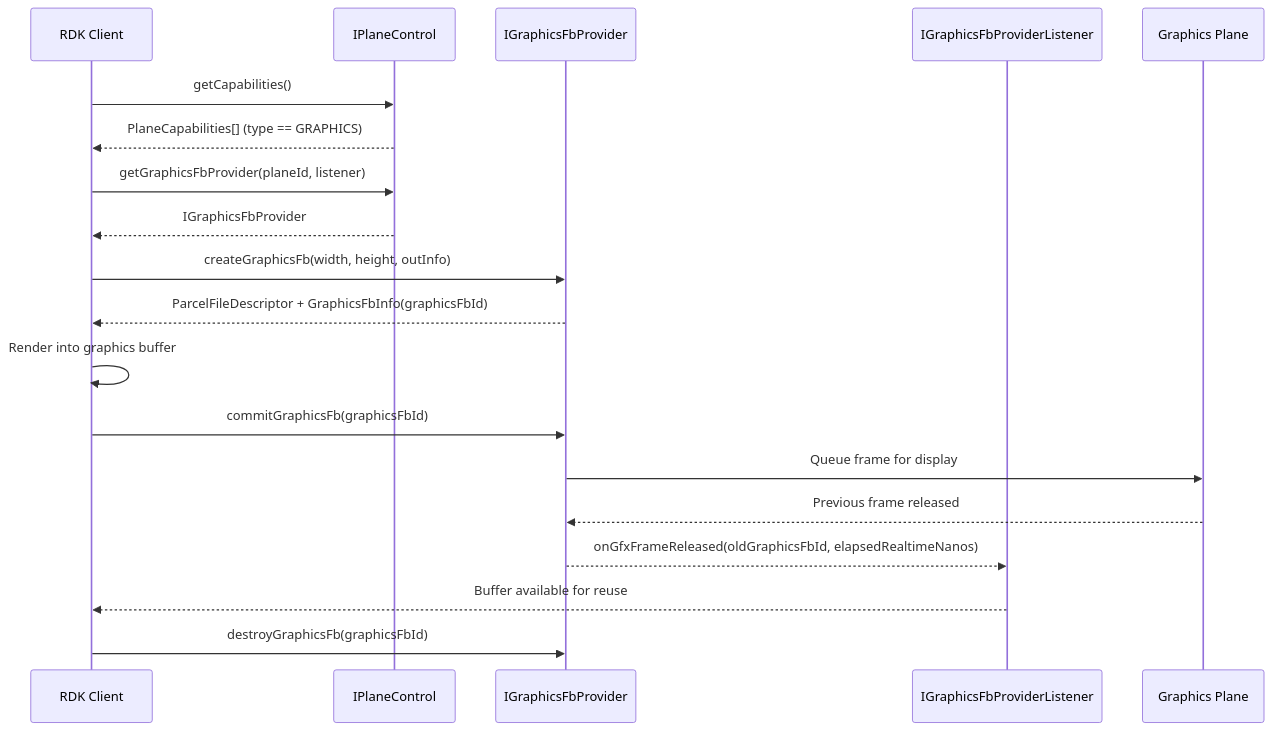
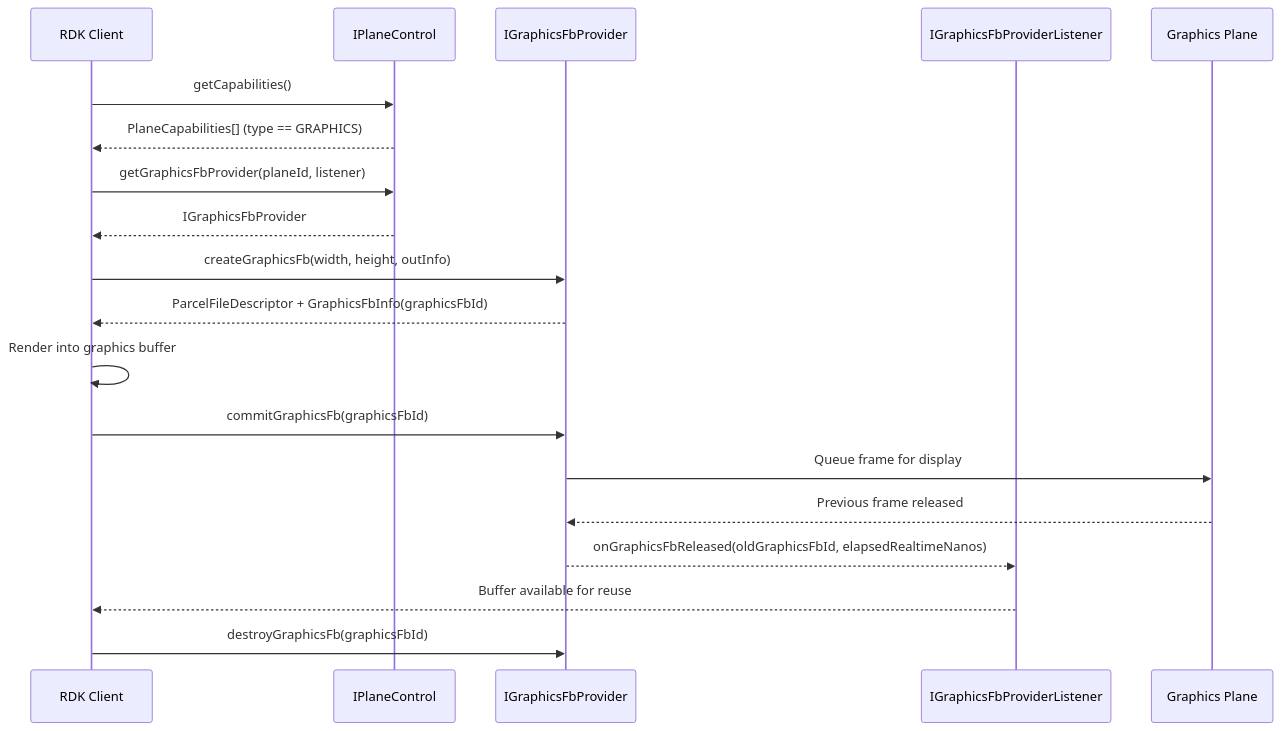
Before and after one commit to rdkcentral/rdk-halif-aidl: the third of 3 diagrams in docs/halif/plane_control/current/plane_control.md, drawn with Mermaid.

````diff
--- a/docs/halif/plane_control/current/plane_control.md
+++ b/docs/halif/plane_control/current/plane_control.md
@@ -225,27 +225,27 @@
 ```mermaid
 sequenceDiagram
     participant Client as RDK Client
     participant PC as IPlaneControl
     participant Provider as IGraphicsFbProvider
     participant Listener as IGraphicsFbProviderListener
     participant Plane as Graphics Plane
 
     Client->>PC: getCapabilities()
     PC-->>Client: PlaneCapabilities[] (type == GRAPHICS)
 
     Client->>PC: getGraphicsFbProvider(planeId, listener)
     PC-->>Client: IGraphicsFbProvider
 
     Client->>Provider: createGraphicsFb(width, height, outInfo)
     Provider-->>Client: ParcelFileDescriptor + GraphicsFbInfo(graphicsFbId)
 
     Client->>Client: Render into graphics buffer
     Client->>Provider: commitGraphicsFb(graphicsFbId)
     Provider->>Plane: Queue frame for display
 
     Plane-->>Provider: Previous frame released
-    Provider-->>Listener: onGfxFrameReleased(oldGraphicsFbId, elapsedRealtimeNanos)
+    Provider-->>Listener: onGraphicsFbReleased(oldGraphicsFbId, elapsedRealtimeNanos)
     Listener-->>Client: Buffer available for reuse
 
     Client->>Provider: destroyGraphicsFb(graphicsFbId)
 ```
````
